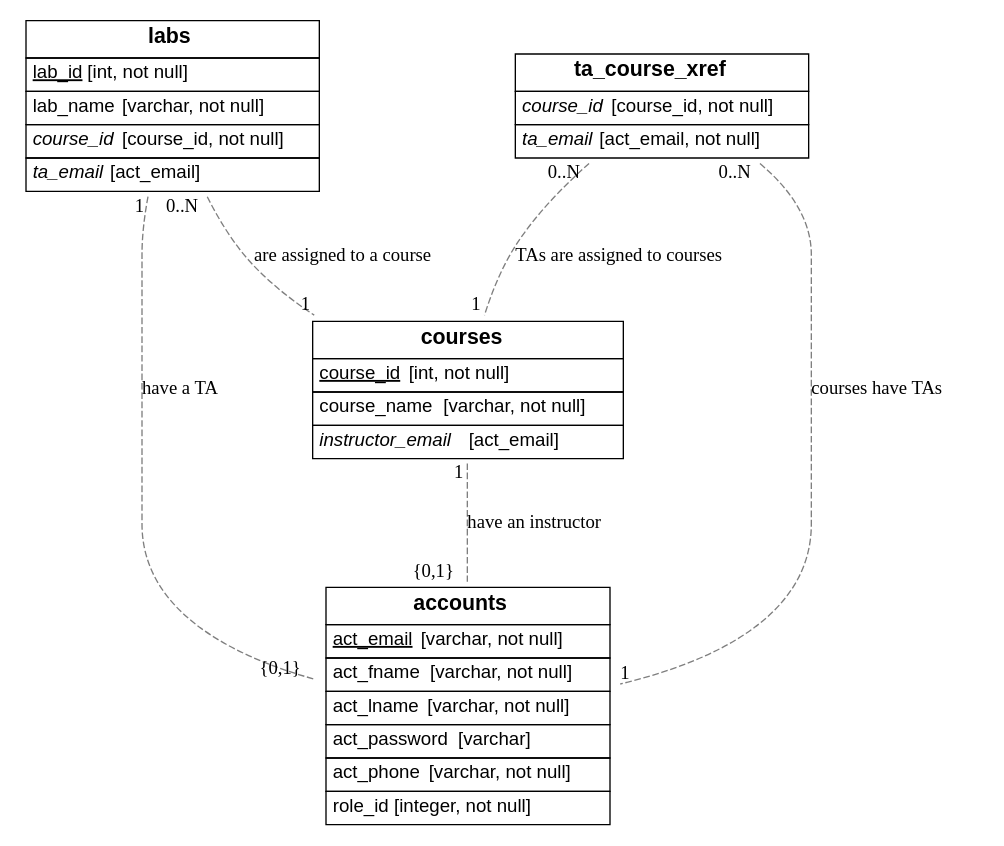
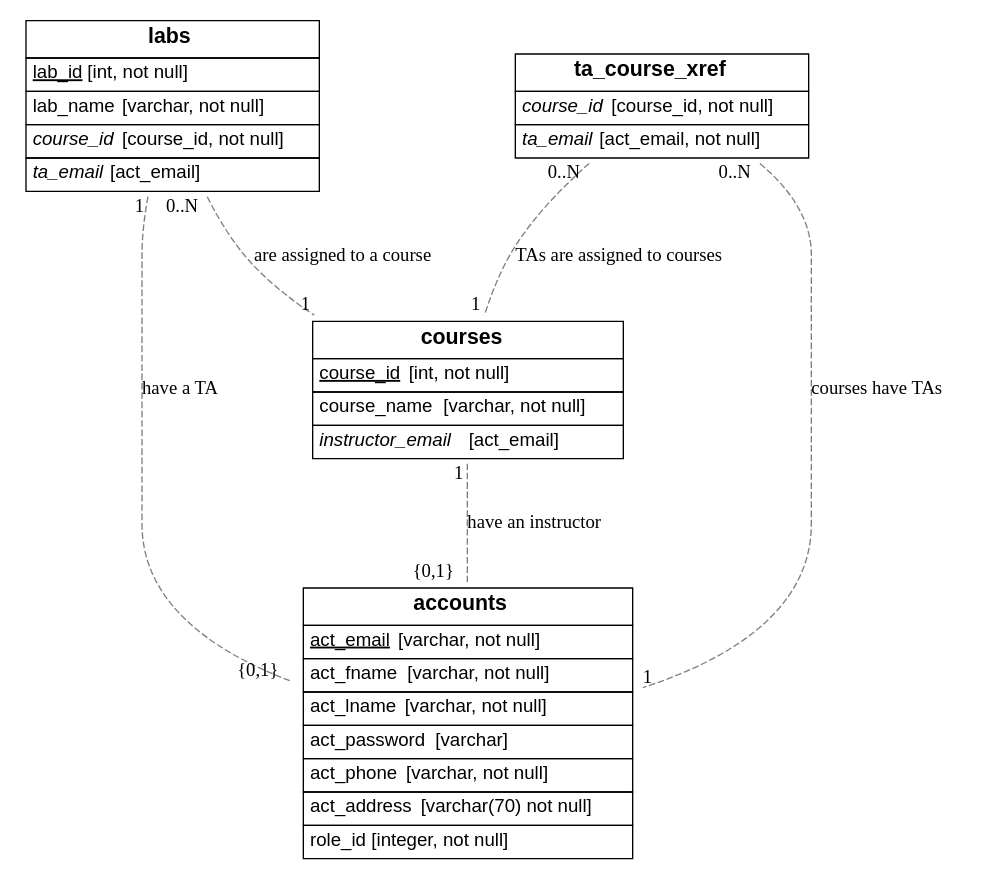
The diagram in database/erd.dot (dakotamaker/TA-scheduler), drawn with Graphviz before and after one commit. The commit also changed 2 other files, not shown here.

Commit message:
Updated ER diagram

```diff
--- a/database/erd.dot
+++ b/database/erd.dot
@@ -1,28 +1,28 @@
 graph {
 	node [label="\N",
 		shape=plaintext
 	];
 	edge [color=gray50,
 		minlen=2,
 		style=dashed
 	];
-	accounts	 [label=<<FONT FACE="Helvetica"><TABLE BORDER="0" CELLBORDER="1" CELLPADDING="4" CELLSPACING="0"><TR><TD><B><FONT POINT-SIZE="16">accounts</FONT></B></TD></TR><TR><TD ALIGN="LEFT"><U><FONT>act_email</FONT></U><FONT> [varchar, not null]</FONT></TD></TR><TR><TD ALIGN="LEFT"><FONT>act_fname</FONT><FONT> [varchar, not null]</FONT></TD></TR><TR><TD ALIGN="LEFT"><FONT>act_lname</FONT><FONT> [varchar, not null]</FONT></TD></TR><TR><TD ALIGN="LEFT"><FONT>act_password</FONT><FONT> [varchar]</FONT></TD></TR><TR><TD ALIGN="LEFT"><FONT>act_phone</FONT><FONT> [varchar, not null]</FONT></TD></TR><TR><TD ALIGN="LEFT"><FONT>role_id</FONT><FONT> [integer, not null]</FONT></TD></TR></TABLE></FONT>>];
+	accounts	 [label=<<FONT FACE="Helvetica"><TABLE BORDER="0" CELLBORDER="1" CELLPADDING="4" CELLSPACING="0"><TR><TD><B><FONT POINT-SIZE="16">accounts</FONT></B></TD></TR><TR><TD ALIGN="LEFT"><U><FONT>act_email</FONT></U><FONT> [varchar, not null]</FONT></TD></TR><TR><TD ALIGN="LEFT"><FONT>act_fname</FONT><FONT> [varchar, not null]</FONT></TD></TR><TR><TD ALIGN="LEFT"><FONT>act_lname</FONT><FONT> [varchar, not null]</FONT></TD></TR><TR><TD ALIGN="LEFT"><FONT>act_password</FONT><FONT> [varchar]</FONT></TD></TR><TR><TD ALIGN="LEFT"><FONT>act_phone</FONT><FONT> [varchar, not null]</FONT></TD></TR><TR><TD ALIGN="LEFT"><FONT>act_address</FONT><FONT> [varchar(70) not null]</FONT></TD></TR><TR><TD ALIGN="LEFT"><FONT>role_id</FONT><FONT> [integer, not null]</FONT></TD></TR></TABLE></FONT>>];
 	courses	 [label=<<FONT FACE="Helvetica"><TABLE BORDER="0" CELLBORDER="1" CELLPADDING="4" CELLSPACING="0"><TR><TD><B><FONT POINT-SIZE="16">courses</FONT></B></TD></TR><TR><TD ALIGN="LEFT"><U><FONT>course_id</FONT></U><FONT> [int, not null]</FONT></TD></TR><TR><TD ALIGN="LEFT"><FONT>course_name</FONT><FONT> [varchar, not null]</FONT></TD></TR><TR><TD ALIGN="LEFT"><I><FONT>instructor_email</FONT></I><FONT> [act_email]</FONT></TD></TR></TABLE></FONT>>];
 	courses -- accounts	 [headlabel=<<FONT>{0,1}</FONT>>,
 		label=<<FONT> have an instructor </FONT>>,
 		taillabel=<<FONT>1</FONT>>];
 	labs	 [label=<<FONT FACE="Helvetica"><TABLE BORDER="0" CELLBORDER="1" CELLPADDING="4" CELLSPACING="0"><TR><TD><B><FONT POINT-SIZE="16">labs</FONT></B></TD></TR><TR><TD ALIGN="LEFT"><U><FONT>lab_id</FONT></U><FONT> [int, not null]</FONT></TD></TR><TR><TD ALIGN="LEFT"><FONT>lab_name</FONT><FONT> [varchar, not null]</FONT></TD></TR><TR><TD ALIGN="LEFT"><I><FONT>course_id</FONT></I><FONT> [course_id, not null]</FONT></TD></TR><TR><TD ALIGN="LEFT"><I><FONT>ta_email</FONT></I><FONT> [act_email]</FONT></TD></TR></TABLE></FONT>>];
 	labs -- accounts	 [headlabel=<<FONT>{0,1}</FONT>>,
 		label=<<FONT> have a TA </FONT>>,
 		taillabel=<<FONT>1</FONT>>];
 	labs -- courses	 [headlabel=<<FONT>1</FONT>>,
 		label=<<FONT> are assigned to a course </FONT>>,
 		taillabel=<<FONT>0..N</FONT>>];
 	ta_course_xref	 [label=<<FONT FACE="Helvetica"><TABLE BORDER="0" CELLBORDER="1" CELLPADDING="4" CELLSPACING="0"><TR><TD><B><FONT POINT-SIZE="16">ta_course_xref</FONT></B></TD></TR><TR><TD ALIGN="LEFT"><I><FONT>course_id</FONT></I><FONT> [course_id, not null]</FONT></TD></TR><TR><TD ALIGN="LEFT"><I><FONT>ta_email</FONT></I><FONT> [act_email, not null]</FONT></TD></TR></TABLE></FONT>>];
 	ta_course_xref -- accounts	 [headlabel=<<FONT>1</FONT>>,
 		label=<<FONT> courses have TAs </FONT>>,
 		taillabel=<<FONT>0..N</FONT>>];
 	ta_course_xref -- courses	 [headlabel=<<FONT>1</FONT>>,
 		label=<<FONT> TAs are assigned to courses </FONT>>,
 		taillabel=<<FONT>0..N</FONT>>];
 }
```
